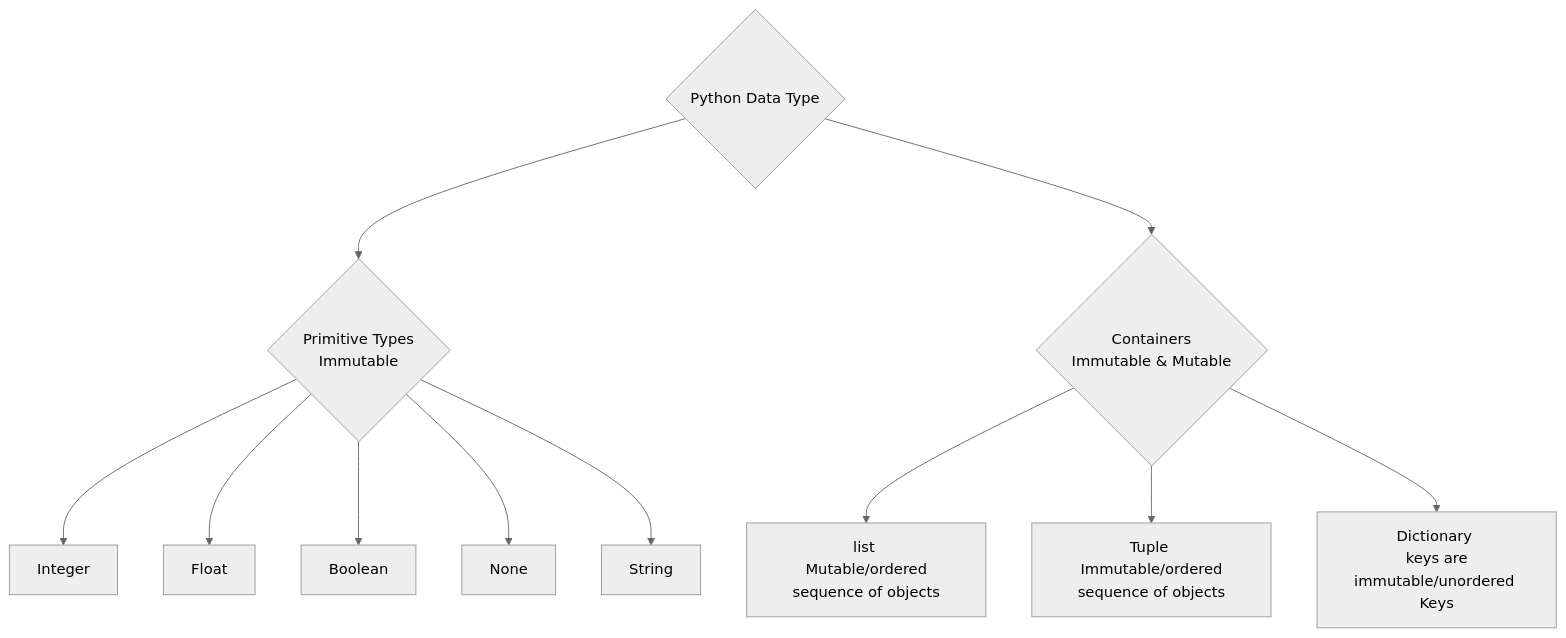
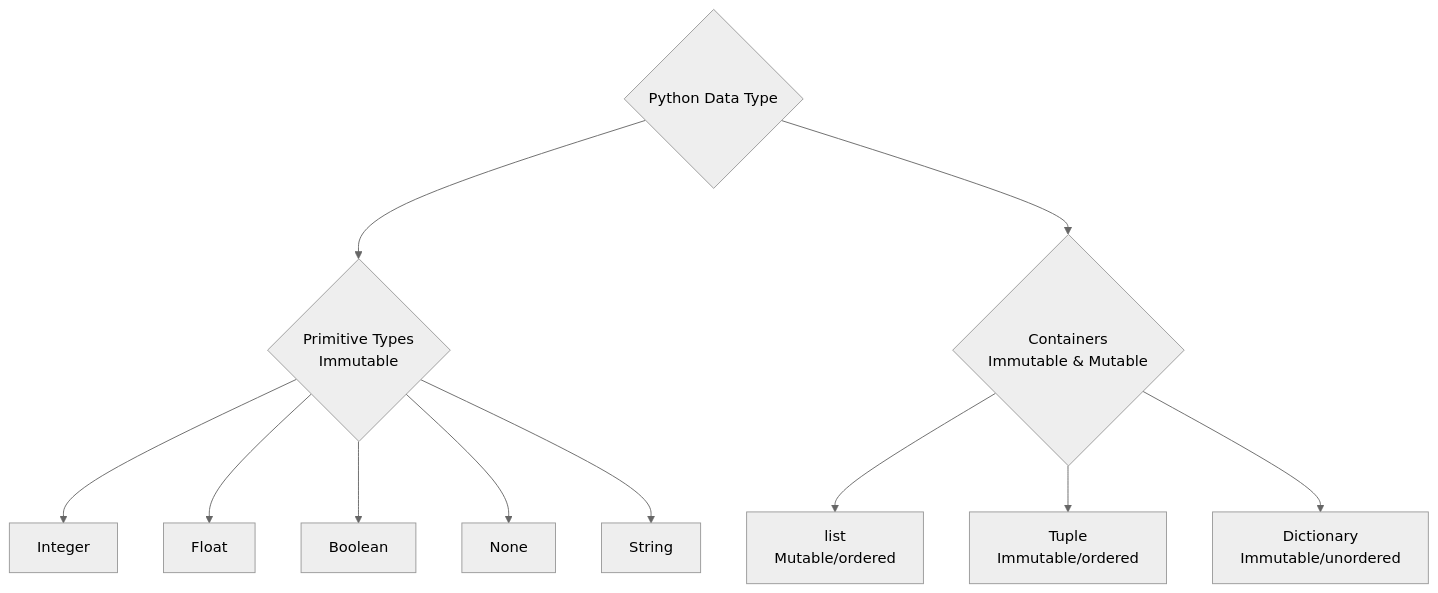
The diagram in 入门班17期/Python/Python_2.md (australiaitgroup/python-web-introduction-wiki), drawn with Mermaid (neutral theme) before and after one commit.

````diff
--- a/入门班17期/Python/Python_2.md
+++ b/入门班17期/Python/Python_2.md
@@ -29,13 +29,13 @@
 ```mermaid
 graph TB;
     a{"Python Data Type"}-->b{"Primitive Types \n Immutable"};
     b-->c["Integer"];
     b-->d["Float"];
     b-->e["Boolean"];
     b-->f["None"];
     b-->g["String"];
     a-->h{"Containers \n Immutable & Mutable"};
-    h-->i["list \n Mutable/ordered sequence of objects"];
-    h-->j["Tuple \n Immutable/ordered sequence of objects"];
-    h-->k["Dictionary \n keys are immutable/unordered Keys"]
+    h-->i["list \n Mutable/ordered"];
+    h-->j["Tuple \n Immutable/ordered"];
+    h-->k["Dictionary \n Immutable/unordered"]
 ```
````
